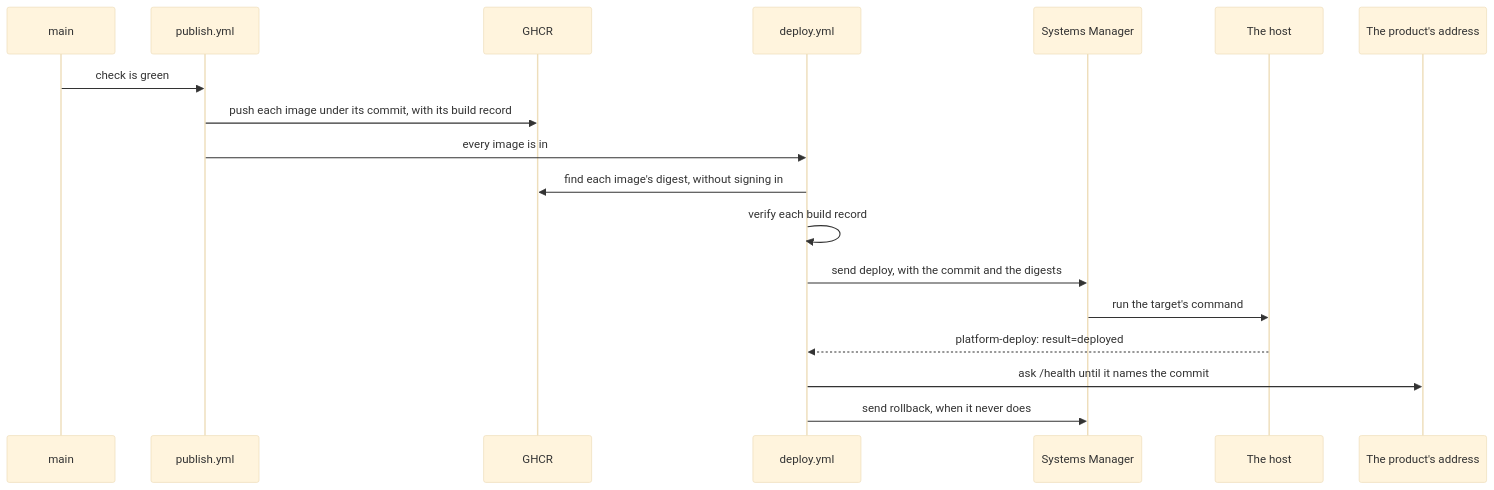
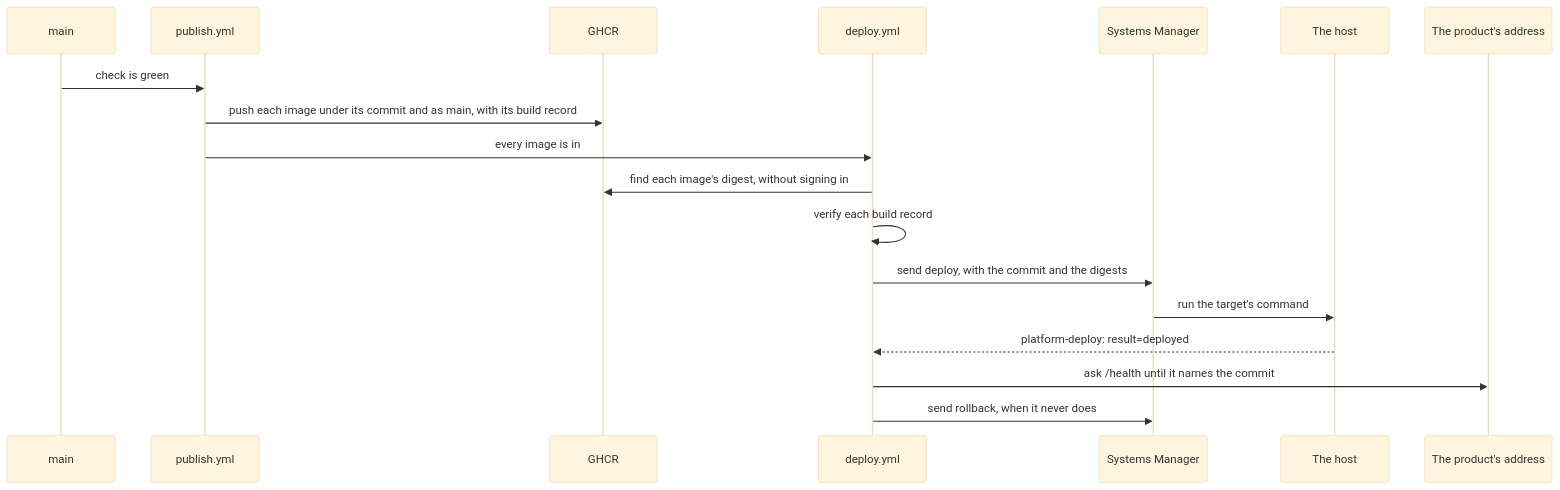
Before and after one commit to zigordev/toolkit: the diagram in docs/handbook/delivery.md, drawn with Mermaid (base theme). The commit also changed other lines of this file and 4 other files, not shown here.

First line of the commit message:
feat(ci): tag each image main as well, so a laptop can follow it

````diff
--- a/docs/handbook/delivery.md
+++ b/docs/handbook/delivery.md
@@ -35,20 +35,20 @@
 ```mermaid
 sequenceDiagram
   participant Main as main
   participant Publish as publish.yml
   participant GHCR
   participant Deploy as deploy.yml
   participant AWS as Systems Manager
   participant Host as The host
   participant Site as The product's address
   Main->>Publish: check is green
-  Publish->>GHCR: push each image under its commit, with its build record
+  Publish->>GHCR: push each image under its commit and as main, with its build record
   Publish->>Deploy: every image is in
   Deploy->>GHCR: find each image's digest, without signing in
   Deploy->>Deploy: verify each build record
   Deploy->>AWS: send deploy, with the commit and the digests
   AWS->>Host: run the target's command
   Host-->>Deploy: platform-deploy: result=deployed
   Deploy->>Site: ask /health until it names the commit
   Deploy->>AWS: send rollback, when it never does
 ```
````
